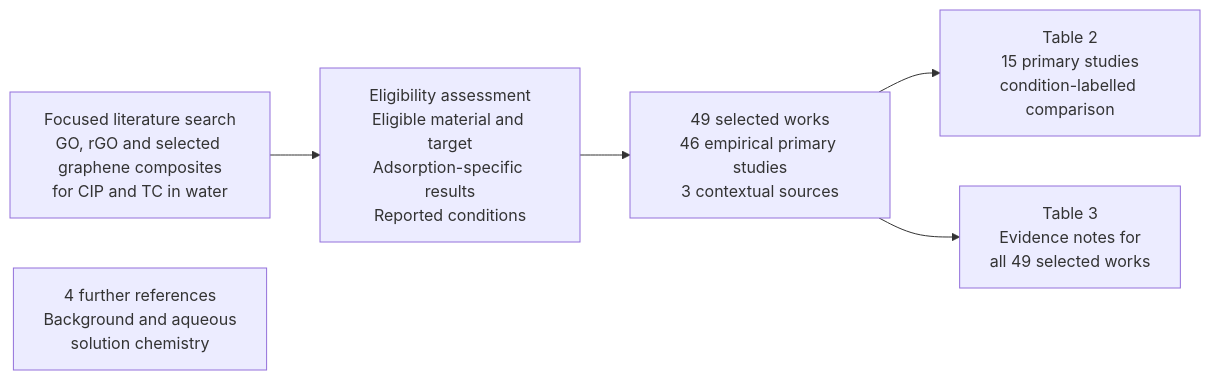
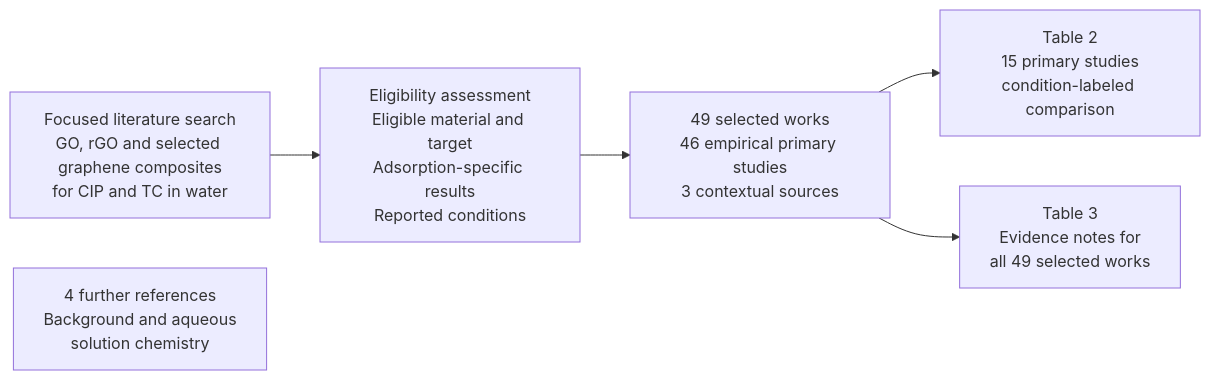
One commit to zaidkhan005/reviewAdsorbants changed the second of 5 diagrams in manuscript/SEMESTER_MANUSCRIPT_ASSEMBLED_SOURCE_V2.md. Above: the diagram before and after it, drawn with Mermaid. The commit also changed other lines of this file, not shown here.

````diff
--- a/manuscript/SEMESTER_MANUSCRIPT_ASSEMBLED_SOURCE_V2.md
+++ b/manuscript/SEMESTER_MANUSCRIPT_ASSEMBLED_SOURCE_V2.md
@@ -134,13 +134,13 @@
 ```mermaid
 flowchart LR
     A["Focused literature search<br/>GO, rGO and selected graphene composites<br/>for CIP and TC in water"]
     B["Eligibility assessment<br/>Eligible material and target<br/>Adsorption-specific results<br/>Reported conditions"]
     C["49 selected works<br/>46 empirical primary studies<br/>3 contextual sources"]
-    D["Table 2<br/>15 primary studies<br/>condition-labelled comparison"]
+    D["Table 2<br/>15 primary studies<br/>condition-labeled comparison"]
     E["Table 3<br/>Evidence notes for<br/>all 49 selected works"]
     F["4 further references<br/>Background and aqueous<br/>solution chemistry"]
     A --> B --> C
     C --> D
     C --> E
 
 ```
````
